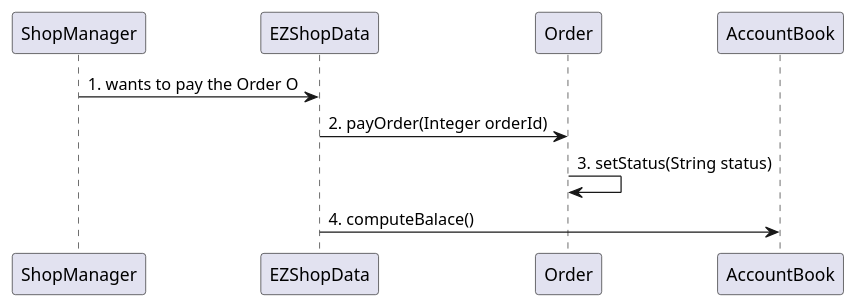
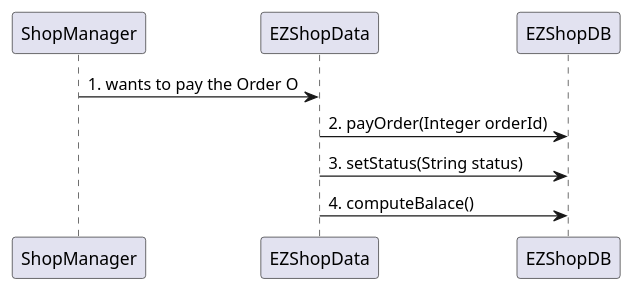
Before and after one commit to djemar/softeng_ezshop: the tenth of 31 diagrams in Deliverables/DesignDocument.md, drawn with PlantUML. The commit also changed other lines of this file, not shown here.

Commit message:
modified Verification sequence diagrams

````diff
--- a/Deliverables/DesignDocument.md
+++ b/Deliverables/DesignDocument.md
@@ -336,6 +339,6 @@
 ```plantuml
 "ShopManager" -> "EZShopData": 1. wants to pay the Order O
-"EZShopData" -> "Order" : 2. payOrder(Integer orderId)
-"Order" -> "Order" : 3. setStatus(String status)
-"EZShopData" -> "AccountBook" : 4. computeBalace()
+"EZShopData" -> "EZShopDB" : 2. payOrder(Integer orderId)
+"EZShopData" -> "EZShopDB" : 3. setStatus(String status)
+"EZShopData" -> "EZShopDB" : 4. computeBalace()
 ```
````
